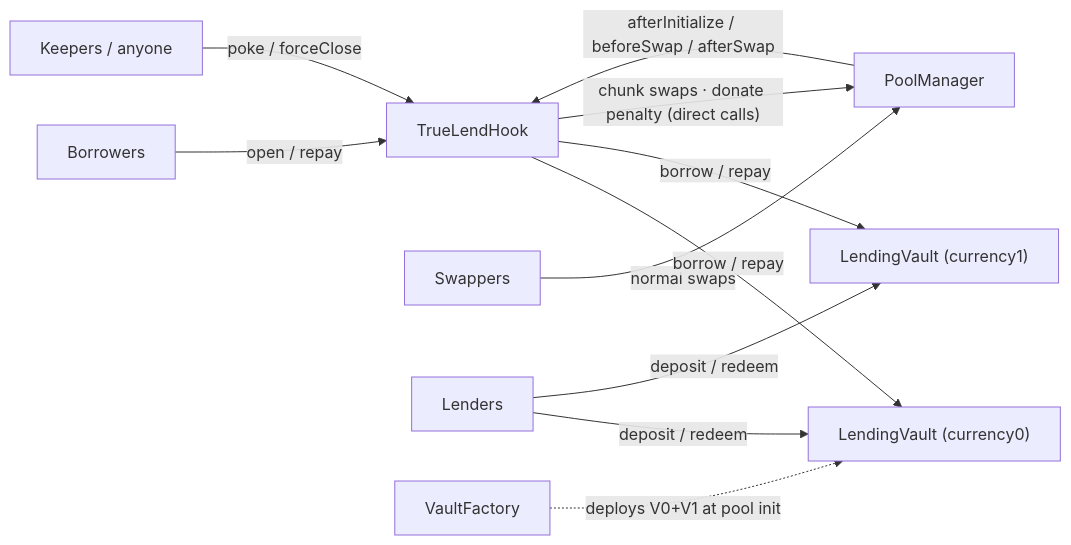
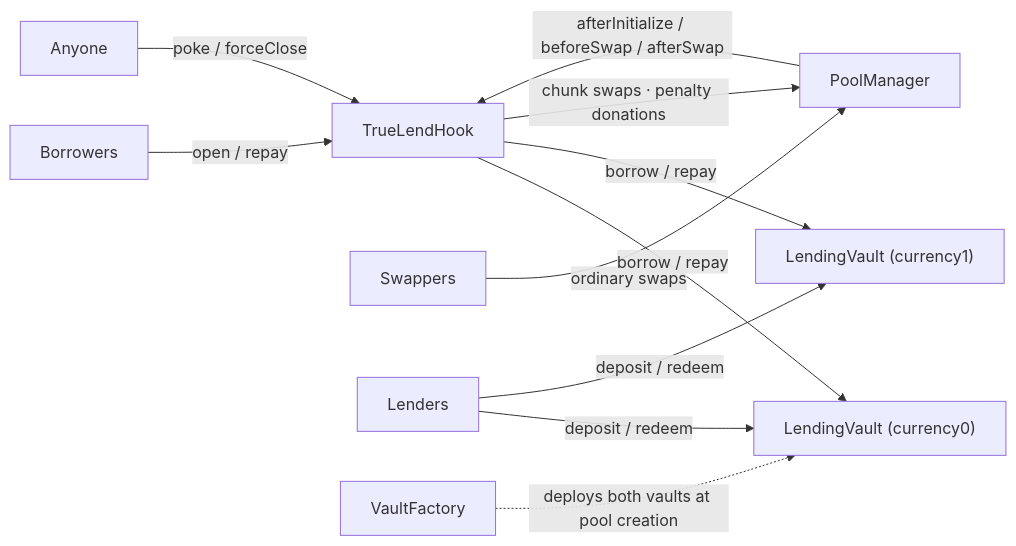
The second of 5 diagrams in DESIGN.md (queenleoa/TrueLend), drawn with Mermaid before and after one commit. The commit also changed other lines of this file and 7 other files, not shown here.

````diff
--- a/DESIGN.md
+++ b/DESIGN.md
@@ -95,13 +113,13 @@
 ```mermaid
 flowchart LR
     B[Borrowers] -- "open / repay" --> H
-    K[Keepers / anyone] -- "poke / forceClose" --> H
-    S[Swappers] -- "normal swaps" --> PM[PoolManager]
+    K[Anyone] -- "poke / forceClose" --> H
+    S[Swappers] -- "ordinary swaps" --> PM[PoolManager]
     L[Lenders] -- "deposit / redeem" --> V0["LendingVault (currency0)"]
     L -- "deposit / redeem" --> V1["LendingVault (currency1)"]
     H[TrueLendHook] -- "borrow / repay" --> V0
     H -- "borrow / repay" --> V1
-    F[VaultFactory] -. "deploys V0+V1 at pool init" .-> V0
+    F[VaultFactory] -. "deploys both vaults at pool creation" .-> V0
     PM -- "afterInitialize / beforeSwap / afterSwap" --> H
-    H -- "chunk swaps · donate penalty (direct calls)" --> PM
+    H -- "chunk swaps · penalty donations" --> PM
 ```
````
